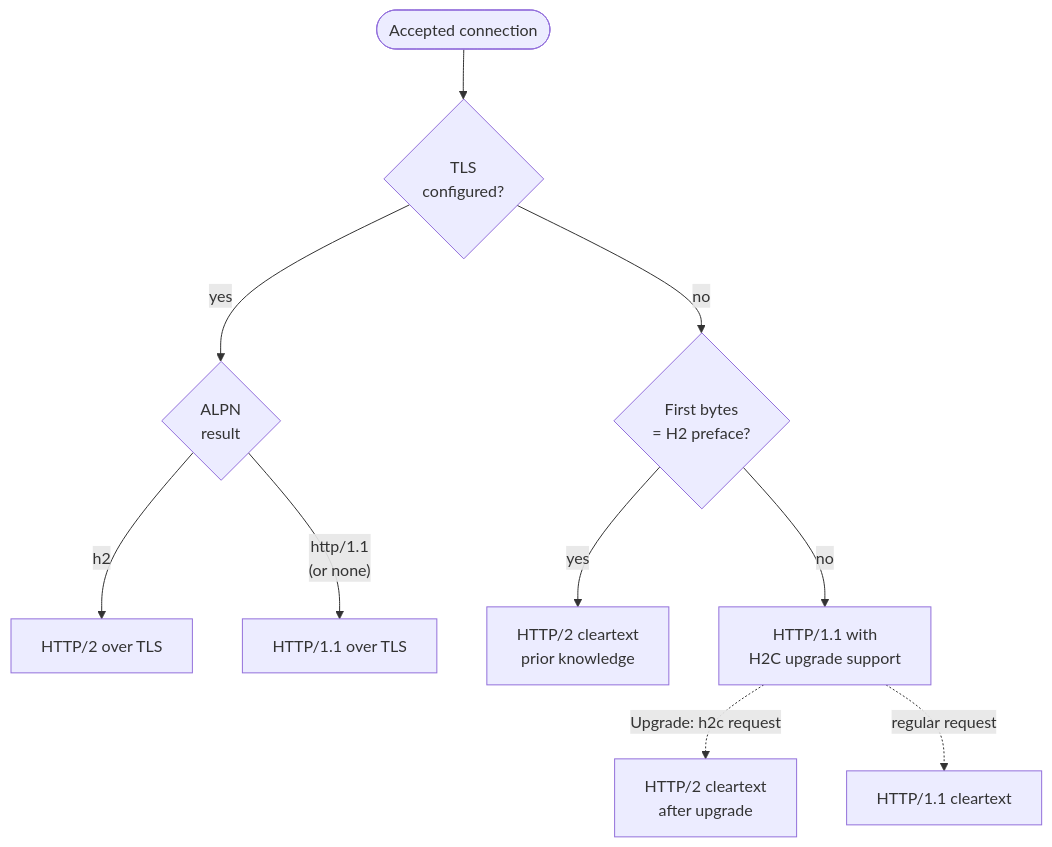
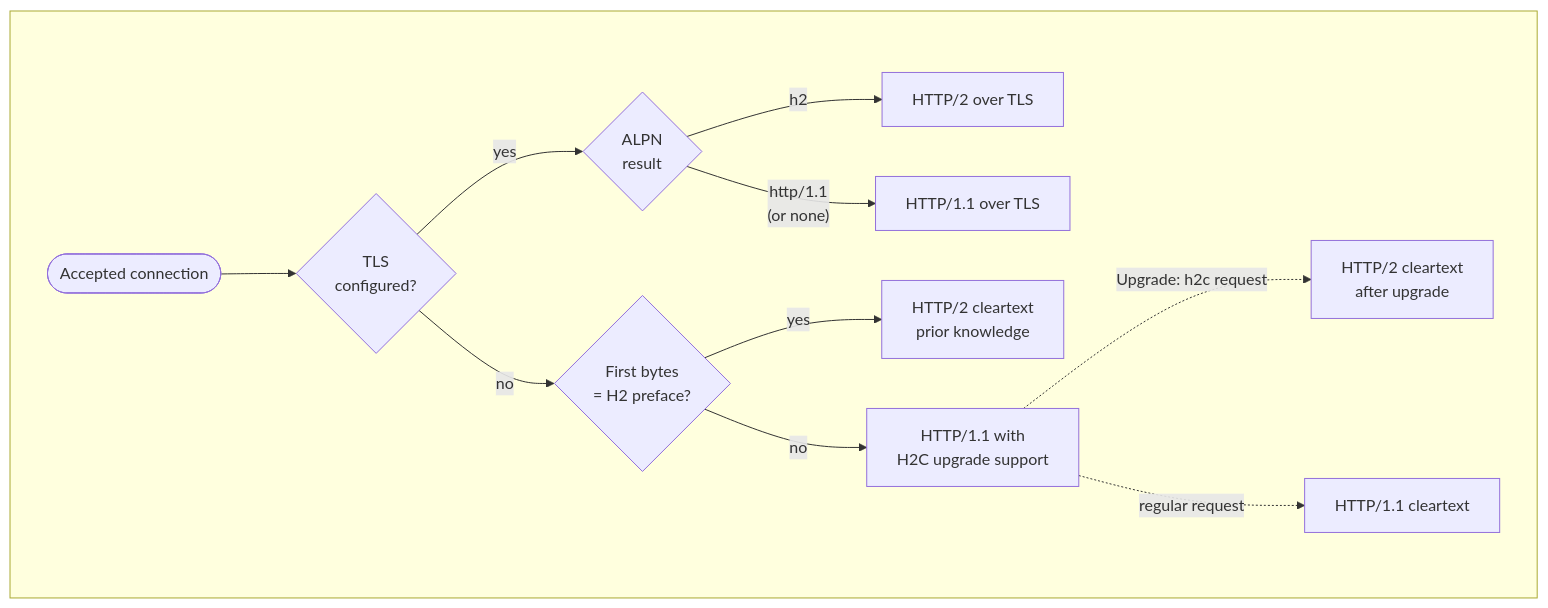
One commit to suboptimal-solutions/netty-multiprotocol changed the first of 3 diagrams in README.md. Above: the diagram before and after it, drawn with Mermaid. The commit also changed 1 other file, not shown here.

Commit message:
Fix pom.xml developers section and unify README.md diagrams

````diff
--- a/README.md
+++ b/README.md
@@ -53,12 +53,14 @@
 ```mermaid
 flowchart TD
-    Conn([Accepted connection]) --> TLS{TLS<br/>configured?}
-    TLS -- yes --> ALPN{ALPN<br/>result}
-    ALPN -- h2 --> H2TLS[HTTP/2 over TLS]
-    ALPN -- "http/1.1<br/>(or none)" --> H1TLS[HTTP/1.1 over TLS]
-    TLS -- no --> Peek{First bytes<br/>= H2 preface?}
-    Peek -- yes --> H2C[HTTP/2 cleartext<br/>prior knowledge]
-    Peek -- no --> H1U[HTTP/1.1 with<br/>H2C upgrade support]
-    H1U -. "Upgrade: h2c request" .-> H2C2[HTTP/2 cleartext<br/>after upgrade]
-    H1U -. "regular request" .-> H1[HTTP/1.1 cleartext]
+    subgraph Neg[" "]
+        Conn([Accepted connection]) --> TLS{TLS<br/>configured?}
+        TLS -- yes --> ALPN{ALPN<br/>result}
+        ALPN -- h2 --> H2TLS[HTTP/2 over TLS]
+        ALPN -- "http/1.1<br/>(or none)" --> H1TLS[HTTP/1.1 over TLS]
+        TLS -- no --> Peek{First bytes<br/>= H2 preface?}
+        Peek -- yes --> H2C[HTTP/2 cleartext<br/>prior knowledge]
+        Peek -- no --> H1U[HTTP/1.1 with<br/>H2C upgrade support]
+        H1U -. "Upgrade: h2c request" .-> H2C2[HTTP/2 cleartext<br/>after upgrade]
+        H1U -. "regular request" .-> H1[HTTP/1.1 cleartext]
+    end
 ```
````
